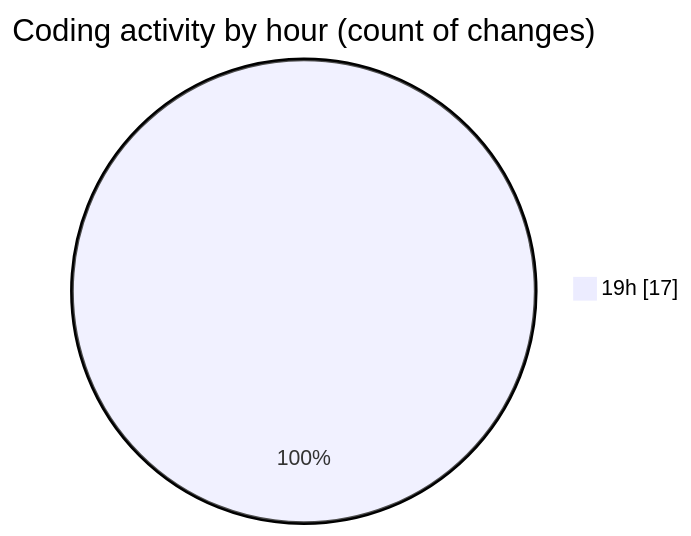
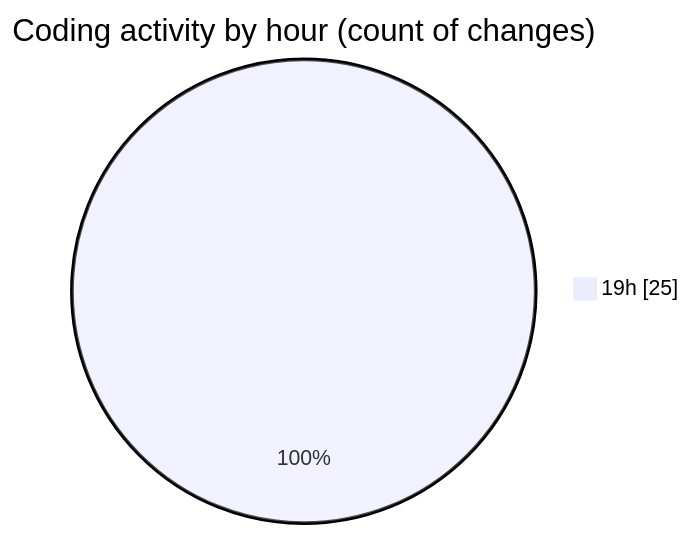
The second of 2 diagrams in 2025-02-28/cda/README.md (momahboobian/code-tracking), drawn with Mermaid before and after one commit. The commit also changed other lines of this file and 1 other file, not shown here.

````diff
--- a/2025-02-28/cda/README.md
+++ b/2025-02-28/cda/README.md
@@ -33,5 +33,5 @@
 ```mermaid
 pie showData
 title Coding activity by hour (count of changes)
-"19h" : 17
+"19h" : 25
 ```
````
